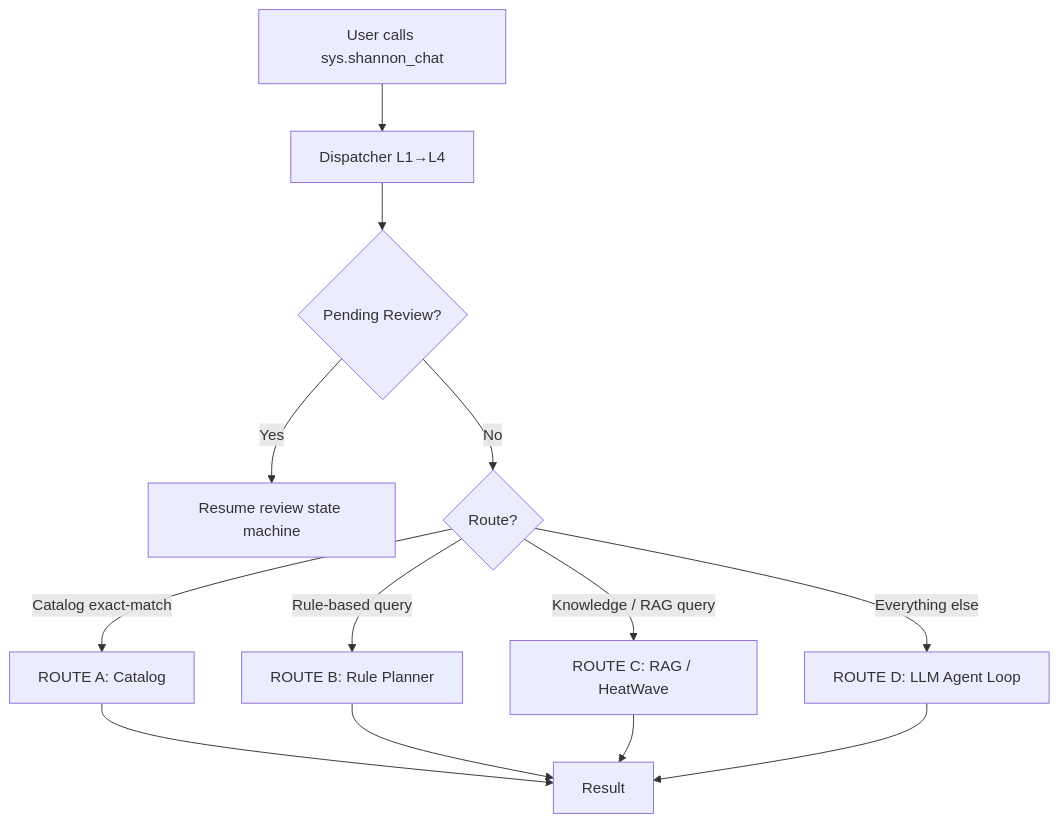
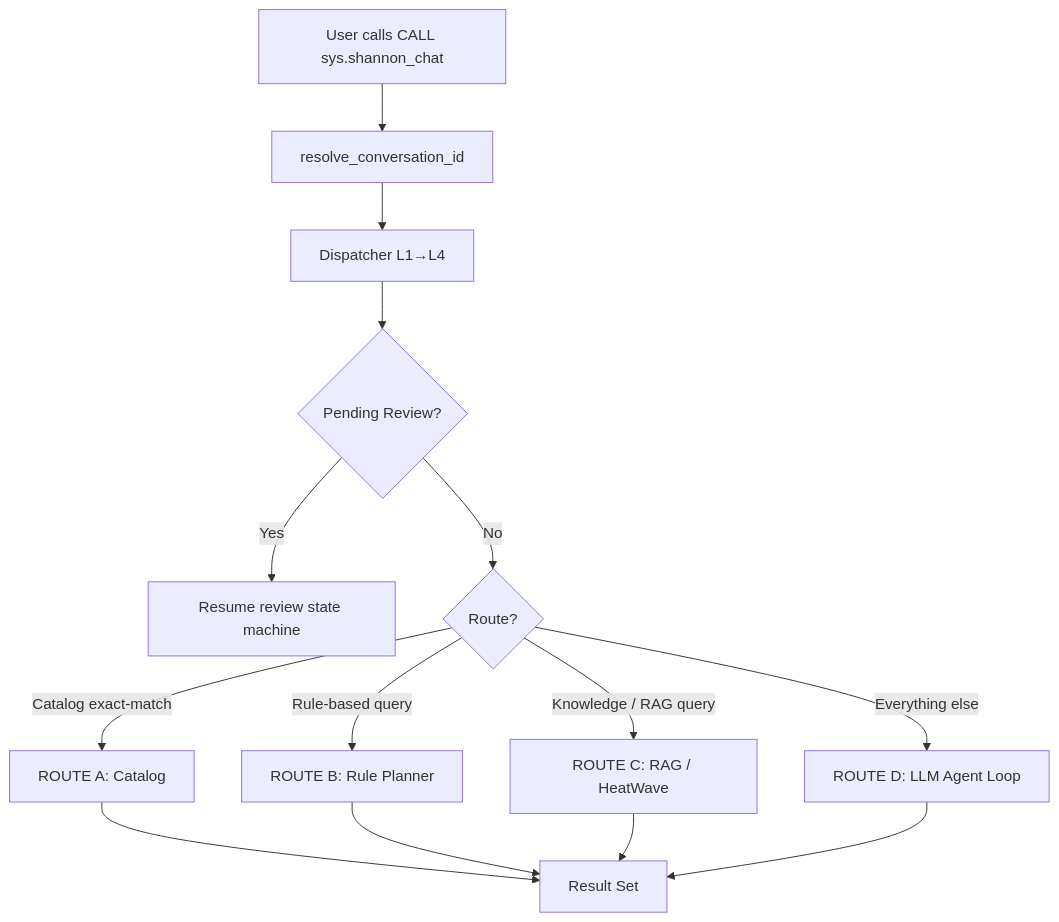
Before and after one commit to Shannon-Data/ShannonBase: the diagram in scripts/sys_schema/agent/HOW_TO_USE.md, drawn with Mermaid. The commit also changed other lines of this file and 5 other files, not shown here.

````diff
--- a/scripts/sys_schema/agent/HOW_TO_USE.md
+++ b/scripts/sys_schema/agent/HOW_TO_USE.md
@@ -126,15 +168,16 @@
 ```mermaid
 flowchart TD
-    U[User calls sys.shannon_chat] --> D[Dispatcher L1→L4]
+    U[User calls CALL sys.shannon_chat] --> CR[resolve_conversation_id]
+    CR --> D[Dispatcher L1→L4]
     D --> P{Pending Review?}
     P -->|Yes| R[Resume review state machine]
     P -->|No| RT{Route?}
     RT -->|Catalog exact-match| A[ROUTE A: Catalog]
     RT -->|Rule-based query| B[ROUTE B: Rule Planner]
     RT -->|Knowledge / RAG query| C[ROUTE C: RAG / HeatWave]
     RT -->|Everything else| D2[ROUTE D: LLM Agent Loop]
-    A --> O[Result]
+    A --> O[Result Set]
     B --> O
     C --> O
     D2 --> O
 ```
````
